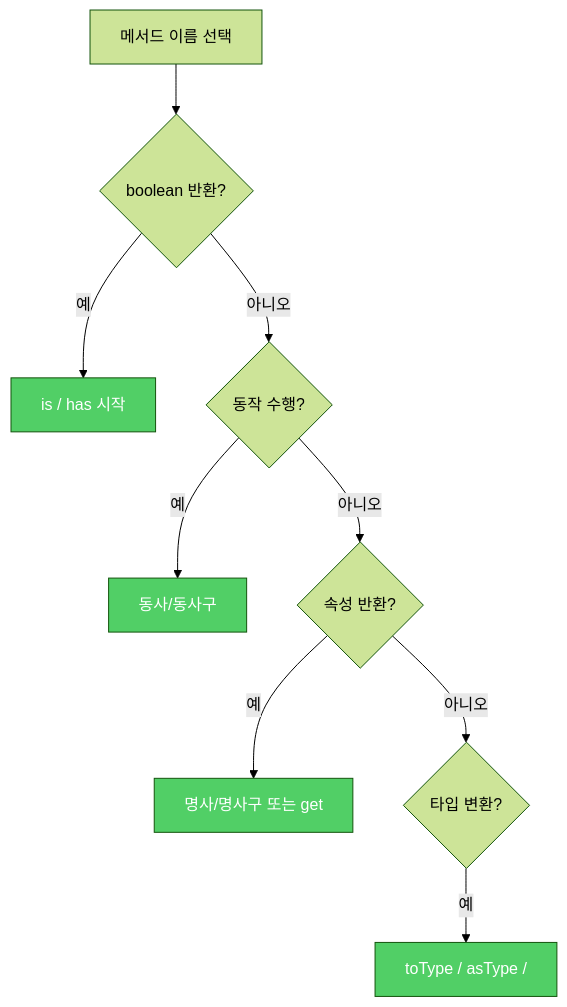
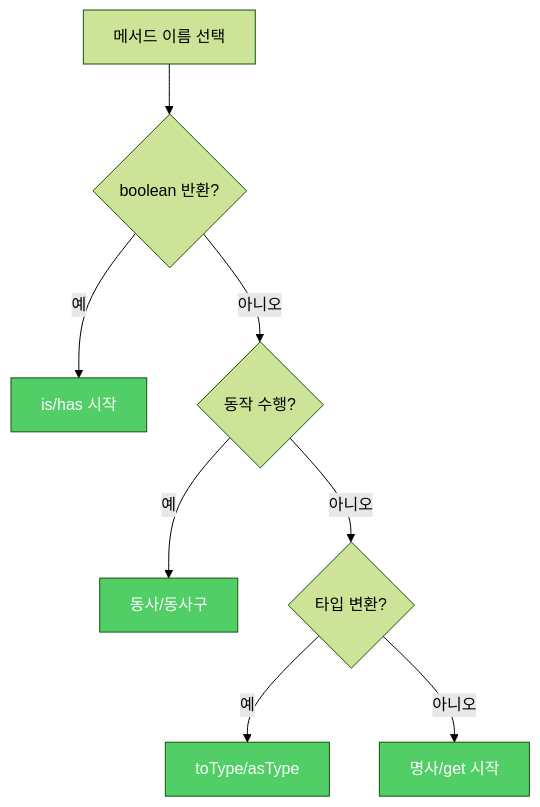
One commit to yjkim2015/yjkim2015.github.io changed the diagram in _posts/java/2022-02-13-effective-java68.md. Above: the diagram before and after it, drawn with Mermaid (forest theme). The commit also changed 155 other files, not shown here.

First line of the commit message:
Mermaid 전면 수정: subgraph 제거, participant/노드/줄수 축소 (342블록)

````diff
--- a/_posts/java/2022-02-13-effective-java68.md
+++ b/_posts/java/2022-02-13-effective-java68.md
@@ -87,15 +87,14 @@
 ```mermaid
 graph TD
     A["메서드 이름 선택"] --> B{"boolean 반환?"}
-    B -- 예 --> C["is / has 시작"]
+    B -- 예 --> C["is/has 시작"]
     B -- 아니오 --> D{"동작 수행?"}
     D -- 예 --> E["동사/동사구"]
-    D -- 아니오 --> F{"속성 반환?"}
-    F -- 예 --> G["명사/명사구 또는 get"]
-    F -- 아니오 --> H{"타입 변환?"}
-    H -- 예 --> I["toType / asType /"]
+    D -- 아니오 --> F{"타입 변환?"}
+    F -- 예 --> G["toType/asType"]
+    F -- 아니오 --> H["명사/get 시작"]
     style C fill:#51cf66,color:#fff
     style E fill:#51cf66,color:#fff
     style G fill:#51cf66,color:#fff
-    style I fill:#51cf66,color:#fff
+    style H fill:#51cf66,color:#fff
 ```
````
